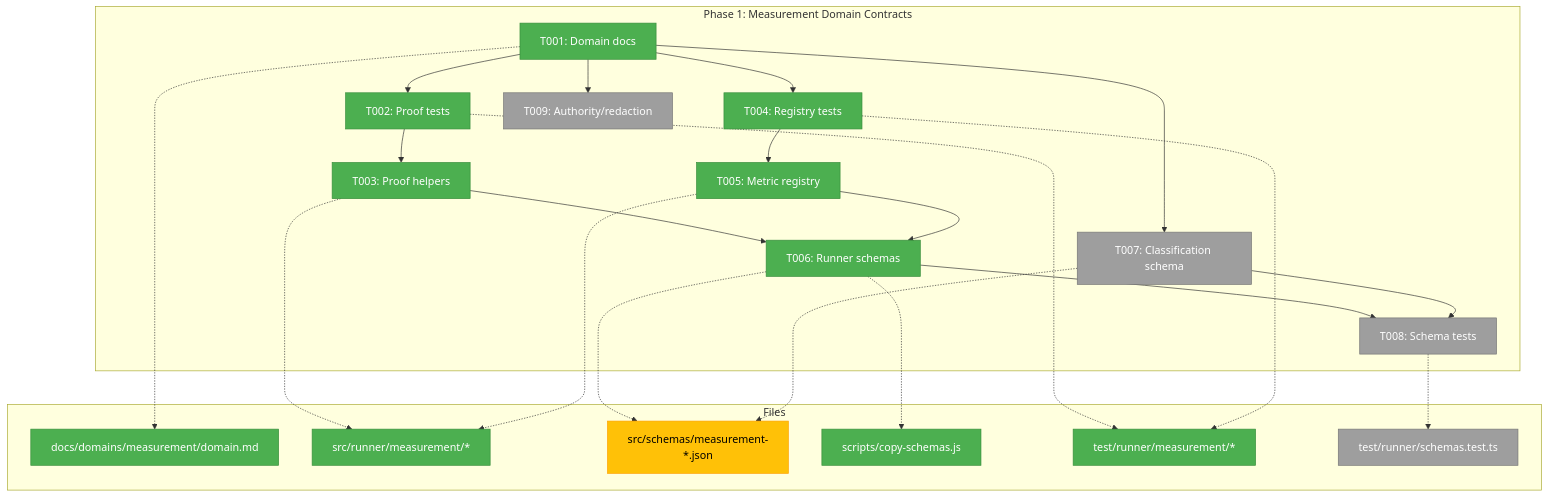
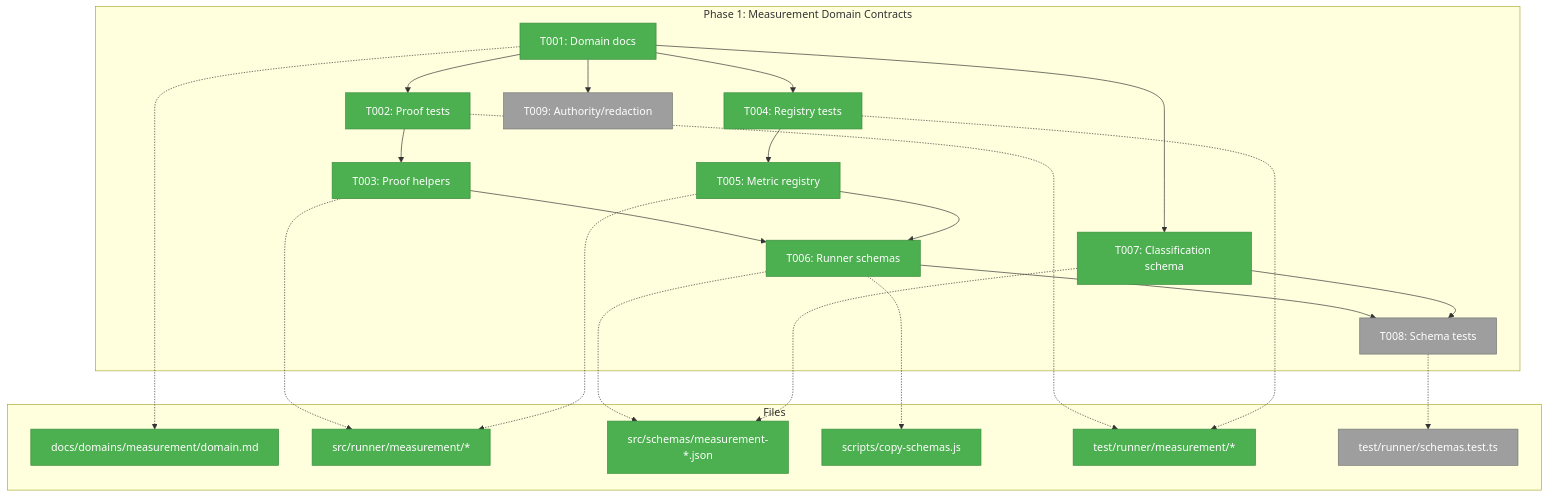
One commit to AI-Substrate/minih changed the first of 3 diagrams in docs/plans/020-minih-harness-measurement/tasks/phase-1-measurement-domain-contracts/tasks.md. Above: the diagram before and after it, drawn with Mermaid. The commit also changed other lines of this file and 6 other files, not shown here.

Commit message:
feat: add measurement classification schema

````diff
--- a/docs/plans/020-minih-harness-measurement/tasks/phase-1-measurement-domain-contracts/tasks.md
+++ b/docs/plans/020-minih-harness-measurement/tasks/phase-1-measurement-domain-contracts/tasks.md
@@ -85,43 +85,43 @@
 ```mermaid
 flowchart TD
     classDef pending fill:#9E9E9E,stroke:#757575,color:#fff
     classDef inprogress fill:#FFC107,stroke:#FFA000,color:#000
     classDef completed fill:#4CAF50,stroke:#388E3C,color:#fff
 
     subgraph Phase["Phase 1: Measurement Domain Contracts"]
         T001["T001: Domain docs"]:::completed
         T002["T002: Proof tests"]:::completed
         T003["T003: Proof helpers"]:::completed
         T004["T004: Registry tests"]:::completed
         T005["T005: Metric registry"]:::completed
         T006["T006: Runner schemas"]:::completed
-        T007["T007: Classification schema"]:::pending
+        T007["T007: Classification schema"]:::completed
         T008["T008: Schema tests"]:::pending
         T009["T009: Authority/redaction"]:::pending
         T001 --> T002 --> T003
         T001 --> T004 --> T005
         T003 --> T006 --> T008
         T005 --> T006
         T001 --> T007 --> T008
         T001 --> T009
     end
 
     subgraph Files["Files"]
         D1["docs/domains/measurement/domain.md"]:::completed
         R1["src/runner/measurement/*"]:::completed
-        S1["src/schemas/measurement-*.json"]:::inprogress
+        S1["src/schemas/measurement-*.json"]:::completed
         C1["scripts/copy-schemas.js"]:::completed
         V1["test/runner/measurement/*"]:::completed
         V2["test/runner/schemas.test.ts"]:::pending
     end
 
     T001 -.-> D1
     T003 -.-> R1
     T005 -.-> R1
     T006 -.-> S1
     T006 -.-> C1
     T007 -.-> S1
     T002 -.-> V1
     T004 -.-> V1
     T008 -.-> V2
 ```
````
